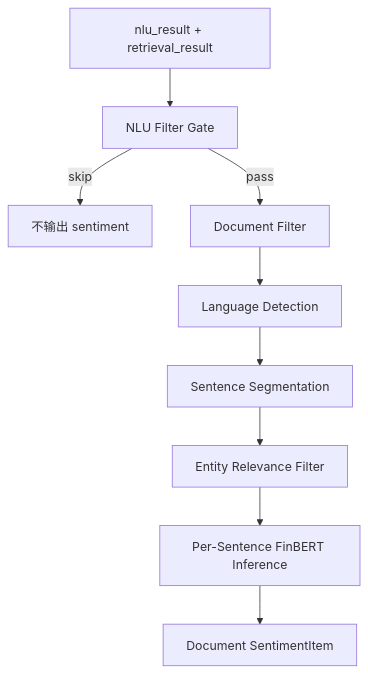
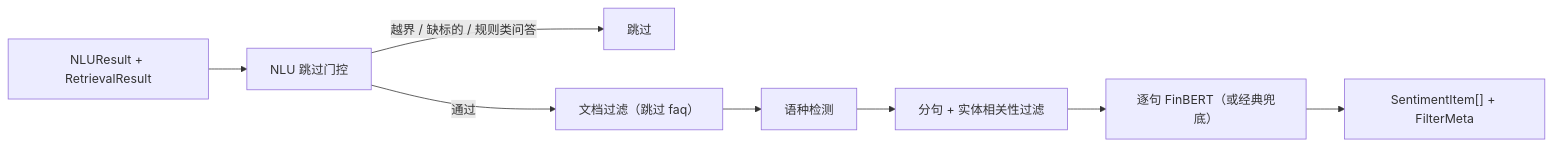
One commit to beautifulrem/FinSight changed the diagram in docs/zh/sentiment.md. Above: the diagram before and after it, drawn with Mermaid. The commit also changed other lines of this file and 54 other files, not shown here.

````diff
--- a/docs/zh/sentiment.md
+++ b/docs/zh/sentiment.md
@@ -22,11 +9,10 @@
 ```mermaid
-flowchart TD
-  A["nlu_result + retrieval_result"] --> B["NLU Filter Gate"]
-  B -- skip --> C["不输出 sentiment"]
-  B -- pass --> D["Document Filter"]
-  D --> E["Language Detection"]
-  E --> F["Sentence Segmentation"]
-  F --> G["Entity Relevance Filter"]
-  G --> H["Per-Sentence FinBERT Inference"]
-  H --> I["Document SentimentItem"]
+flowchart LR
+  IN["NLUResult + RetrievalResult"] --> GATE["NLU 跳过门控"]
+  GATE -->|越界 / 缺标的 / 规则类问答| SKIP["跳过"]
+  GATE -->|通过| DOC["文档过滤（跳过 faq）"]
+  DOC --> LANG["语种检测"]
+  LANG --> SENT["分句 + 实体相关性过滤"]
+  SENT --> INF["逐句 FinBERT（或经典兜底）"]
+  INF --> OUT["SentimentItem[] + FilterMeta"]
 ```
````
